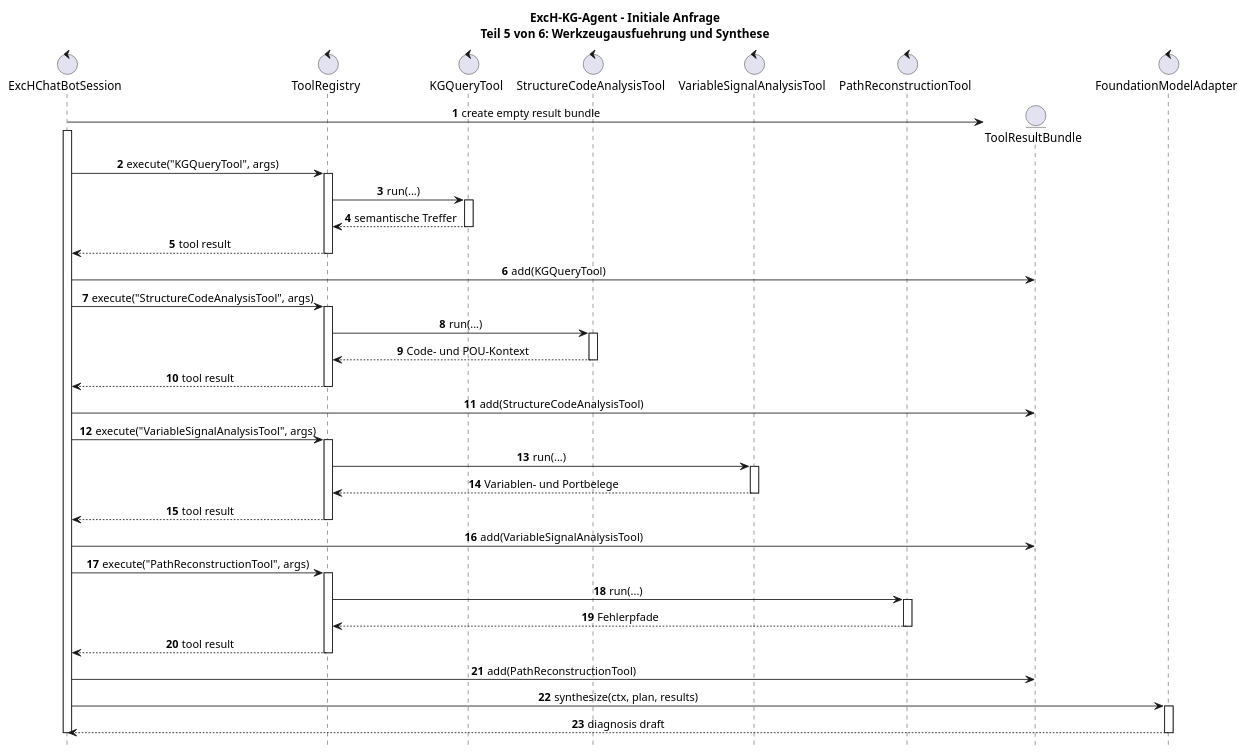
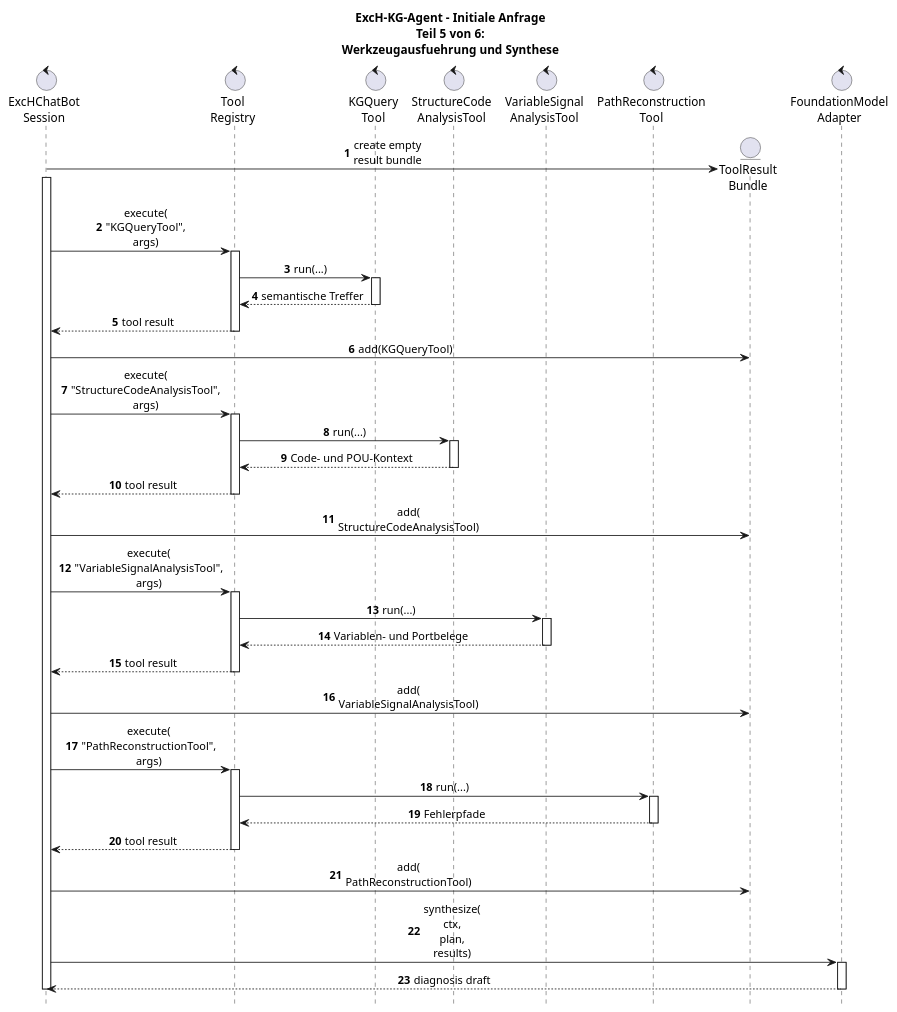
One commit to verkal1999/Agent_Test changed the diagram in UML-Diagrams/ExcH-KG-Agent/Komponenten_ExcH-KG-Agent/06e_seq_tools_synthesis.plantuml. Above: the diagram before and after it, drawn with PlantUML. The commit also changed 38 other files, not shown here.

Commit message:
UML-Diagramme svgs erneuert

```diff
--- a/UML-Diagrams/ExcH-KG-Agent/Komponenten_ExcH-KG-Agent/06e_seq_tools_synthesis.plantuml
+++ b/UML-Diagrams/ExcH-KG-Agent/Komponenten_ExcH-KG-Agent/06e_seq_tools_synthesis.plantuml
@@ -1,70 +1,70 @@
 @startuml
 
 skinparam shadowing false
 skinparam responseMessageBelowArrow true
 skinparam sequenceMessageAlign center
 hide footbox
 autonumber
 
-title ExcH-KG-Agent - Initiale Anfrage\nTeil 5 von 6: Werkzeugausfuehrung und Synthese
+title ExcH-KG-Agent - Initiale Anfrage\nTeil 5 von 6:\nWerkzeugausfuehrung und Synthese
 
-control "ExcHChatBotSession" as Session
-control "ToolRegistry" as Registry
-control "KGQueryTool" as KGTool
-control "StructureCodeAnalysisTool" as StructTool
-control "VariableSignalAnalysisTool" as SignalTool
-control "PathReconstructionTool" as PathTool
-entity "ToolResultBundle" as Results
-control "FoundationModelAdapter" as FM
+control "ExcHChatBot\nSession" as Session
+control "Tool\nRegistry" as Registry
+control "KGQuery\nTool" as KGTool
+control "StructureCode\nAnalysisTool" as StructTool
+control "VariableSignal\nAnalysisTool" as SignalTool
+control "PathReconstruction\nTool" as PathTool
+entity "ToolResult\nBundle" as Results
+control "FoundationModel\nAdapter" as FM
 
 create Results
-Session -> Results : create empty result bundle
+Session -> Results : create empty\nresult bundle
 activate Session
 
-Session -> Registry : execute("KGQueryTool", args)
+Session -> Registry : execute(\n"KGQueryTool",\nargs)
 activate Registry
 Registry -> KGTool : run(...)
 activate KGTool
 KGTool --> Registry : semantische Treffer
 deactivate KGTool
 Registry --> Session : tool result
 deactivate Registry
 Session -> Results : add(KGQueryTool)
 
-Session -> Registry : execute("StructureCodeAnalysisTool", args)
+Session -> Registry : execute(\n"StructureCodeAnalysisTool",\nargs)
 activate Registry
 Registry -> StructTool : run(...)
 activate StructTool
 StructTool --> Registry : Code- und POU-Kontext
 deactivate StructTool
 Registry --> Session : tool result
 deactivate Registry
-Session -> Results : add(StructureCodeAnalysisTool)
+Session -> Results : add(\nStructureCodeAnalysisTool)
 
-Session -> Registry : execute("VariableSignalAnalysisTool", args)
+Session -> Registry : execute(\n"VariableSignalAnalysisTool",\nargs)
 activate Registry
 Registry -> SignalTool : run(...)
 activate SignalTool
 SignalTool --> Registry : Variablen- und Portbelege
 deactivate SignalTool
 Registry --> Session : tool result
 deactivate Registry
-Session -> Results : add(VariableSignalAnalysisTool)
+Session -> Results : add(\nVariableSignalAnalysisTool)
 
-Session -> Registry : execute("PathReconstructionTool", args)
+Session -> Registry : execute(\n"PathReconstructionTool",\nargs)
 activate Registry
 Registry -> PathTool : run(...)
 activate PathTool
 PathTool --> Registry : Fehlerpfade
 deactivate PathTool
 Registry --> Session : tool result
 deactivate Registry
-Session -> Results : add(PathReconstructionTool)
+Session -> Results : add(\nPathReconstructionTool)
 
-Session -> FM : synthesize(ctx, plan, results)
+Session -> FM : synthesize(\nctx,\nplan,\nresults)
 activate FM
 FM --> Session : diagnosis draft
 deactivate FM
 deactivate Session
 
 @enduml
```
